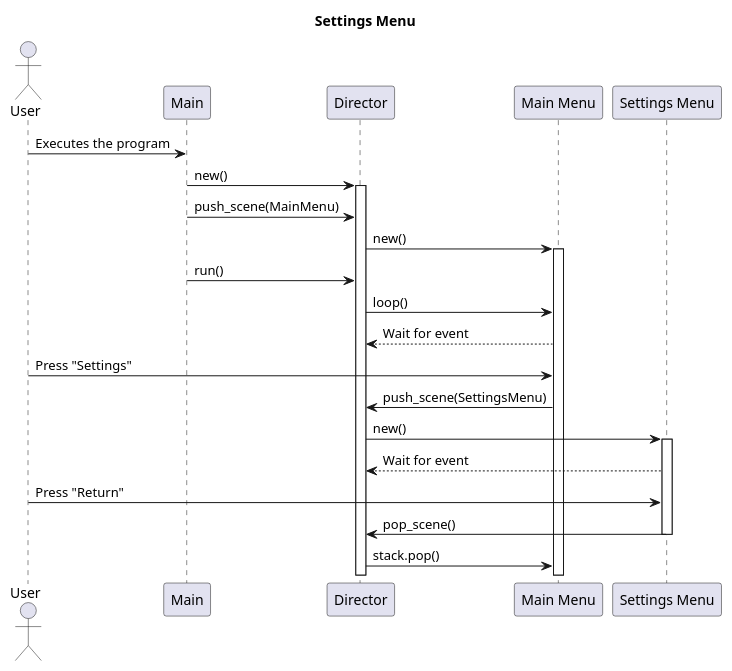
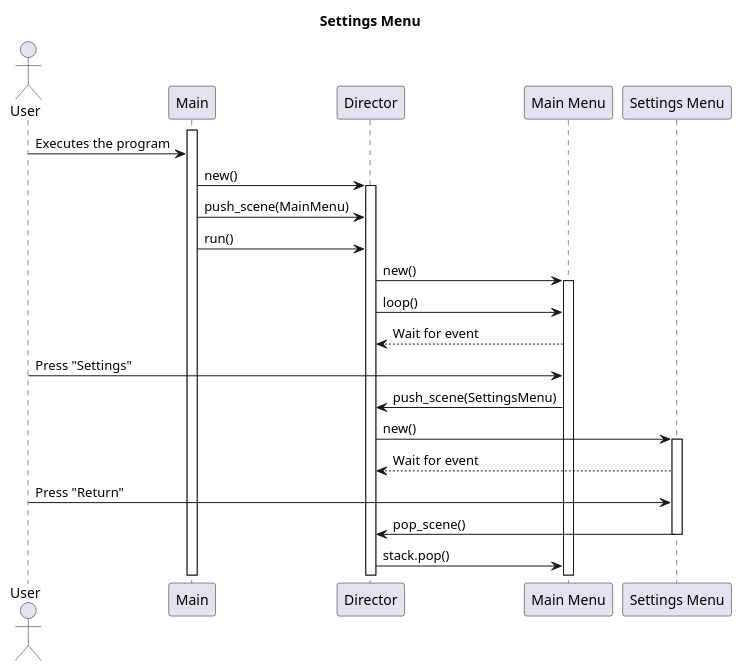
Before and after one commit to Tejon-Company/Tejon-Jumper: the diagram in docs/diagrams/settings_menu_sequence_diagram.pu, drawn with PlantUML. The commit also changed 11 other files, not shown here.

Commit message:
Add diagrams png

```diff
--- a/docs/diagrams/settings_menu_sequence_diagram.pu
+++ b/docs/diagrams/settings_menu_sequence_diagram.pu
@@ -1,30 +1,32 @@
 @startuml Settings Menu Sequence Diagram
 
 title Settings Menu
 
 actor User
 participant Main
 participant Director
 participant MainMenu as "Main Menu"
 participant SettingsMenu as "Settings Menu"
 
+activate Main
 User -> Main: Executes the program
 Main -> Director: new()
 activate Director
 Main -> Director: push_scene(MainMenu)
+Main -> Director: run()
 Director -> MainMenu: new()
 activate MainMenu
-Main -> Director: run()
 Director -> MainMenu: loop()
 MainMenu --> Director: Wait for event
 User -> MainMenu: Press "Settings"
 MainMenu -> Director: push_scene(SettingsMenu)
 Director -> SettingsMenu: new()
 activate SettingsMenu
 SettingsMenu --> Director: Wait for event
 User -> SettingsMenu: Press "Return"
 SettingsMenu -> Director: pop_scene()
 deactivate SettingsMenu
 Director -> MainMenu: stack.pop()
 
+
 @enduml
```
